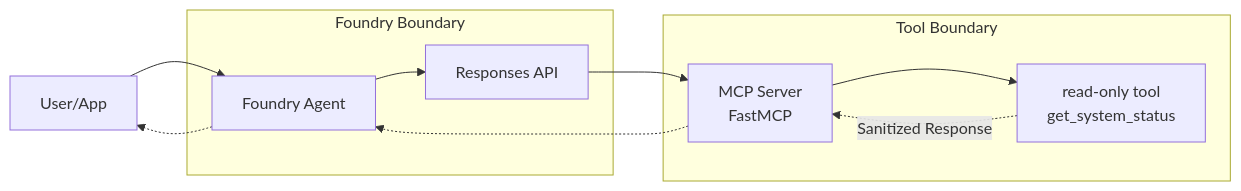
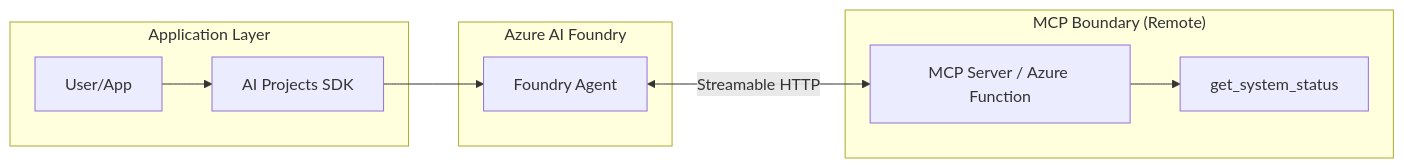
One commit to wildersa/azure_ref_kit changed the diagram in solutions/foundry-agent-with-mcp/README.md. Above: the diagram before and after it, drawn with Mermaid. The commit also changed other lines of this file and 4 other files, not shown here.

First line of the commit message:
Add Foundry agent with MCP reference solution

````diff
--- a/solutions/foundry-agent-with-mcp/README.md
+++ b/solutions/foundry-agent-with-mcp/README.md
@@ -11,14 +13,21 @@
 ```mermaid
 flowchart LR
-    User[User/App] --> Agent[Foundry Agent]
-    subgraph Foundry Boundary
-        Agent --> ResponsesAPI[Responses API]
+    subgraph "Application Layer"
+        User[User/App]
+        SDK[AI Projects SDK]
     end
-    subgraph Tool Boundary
-        ResponsesAPI --> MCP_Server[MCP Server\nFastMCP]
-        MCP_Server --> Tool[read-only tool\nget_system_status]
+
+    subgraph "Azure AI Foundry"
+        Agent[Foundry Agent]
     end
-    Tool -.->|Sanitized Response| MCP_Server
-    MCP_Server -.-> Agent
-    Agent -.-> User
+
+    subgraph "MCP Boundary (Remote)"
+        MCP_Server[MCP Server / Azure Function]
+        Tool[get_system_status]
+    end
+
+    User --> SDK
+    SDK --> Agent
+    Agent <-->|Streamable HTTP| MCP_Server
+    MCP_Server --> Tool
 ```
````
